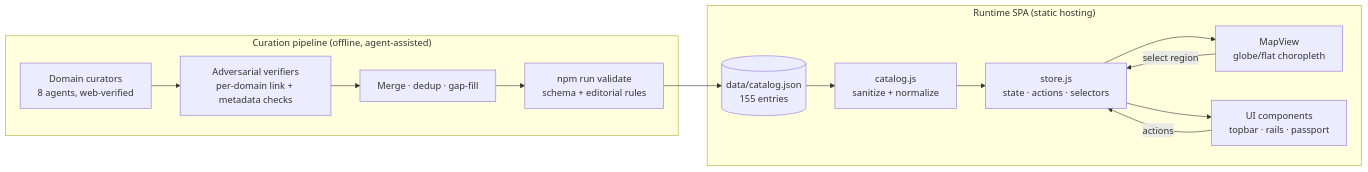
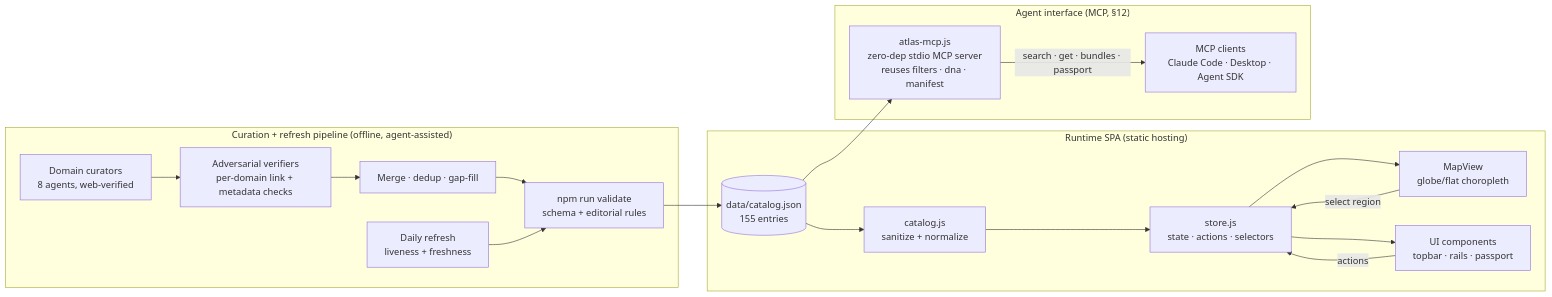
Before and after one commit to santoshshinde2012/dataset-atlas: the diagram in docs/system-design.md, drawn with Mermaid. The commit also changed other lines of this file, not shown here.

````diff
--- a/docs/system-design.md
+++ b/docs/system-design.md
@@ -25,17 +27,22 @@
 ```mermaid
 flowchart LR
-  subgraph Curation["Curation pipeline (offline, agent-assisted)"]
+  subgraph Curation["Curation + refresh pipeline (offline, agent-assisted)"]
     A[Domain curators<br/>8 agents, web-verified] --> B[Adversarial verifiers<br/>per-domain link + metadata checks]
     B --> C[Merge · dedup · gap-fill]
     C --> D[npm run validate<br/>schema + editorial rules]
+    R[Daily refresh<br/>liveness + freshness] --> D
   end
   D --> E[(data/catalog.json<br/>155 entries)]
   subgraph Runtime["Runtime SPA (static hosting)"]
     E --> F[catalog.js<br/>sanitize + normalize]
     F --> G[store.js<br/>state · actions · selectors]
     G --> H[MapView<br/>globe/flat choropleth]
     G --> I[UI components<br/>topbar · rails · passport]
     H -->|select region| G
     I -->|actions| G
   end
+  subgraph Agents["Agent interface (MCP, §12)"]
+    E --> M[atlas-mcp.js<br/>zero-dep stdio MCP server<br/>reuses filters · dna · manifest]
+    M -->|search · get · bundles · passport| N[MCP clients<br/>Claude Code · Desktop · Agent SDK]
+  end
 ```
````
